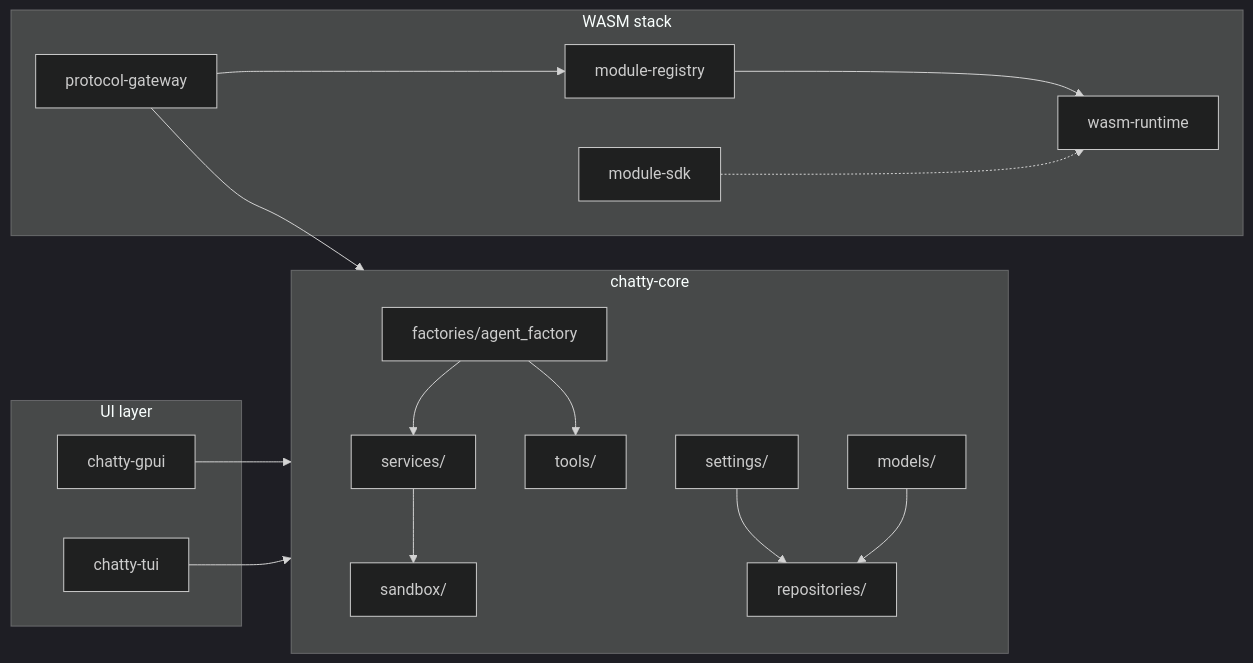
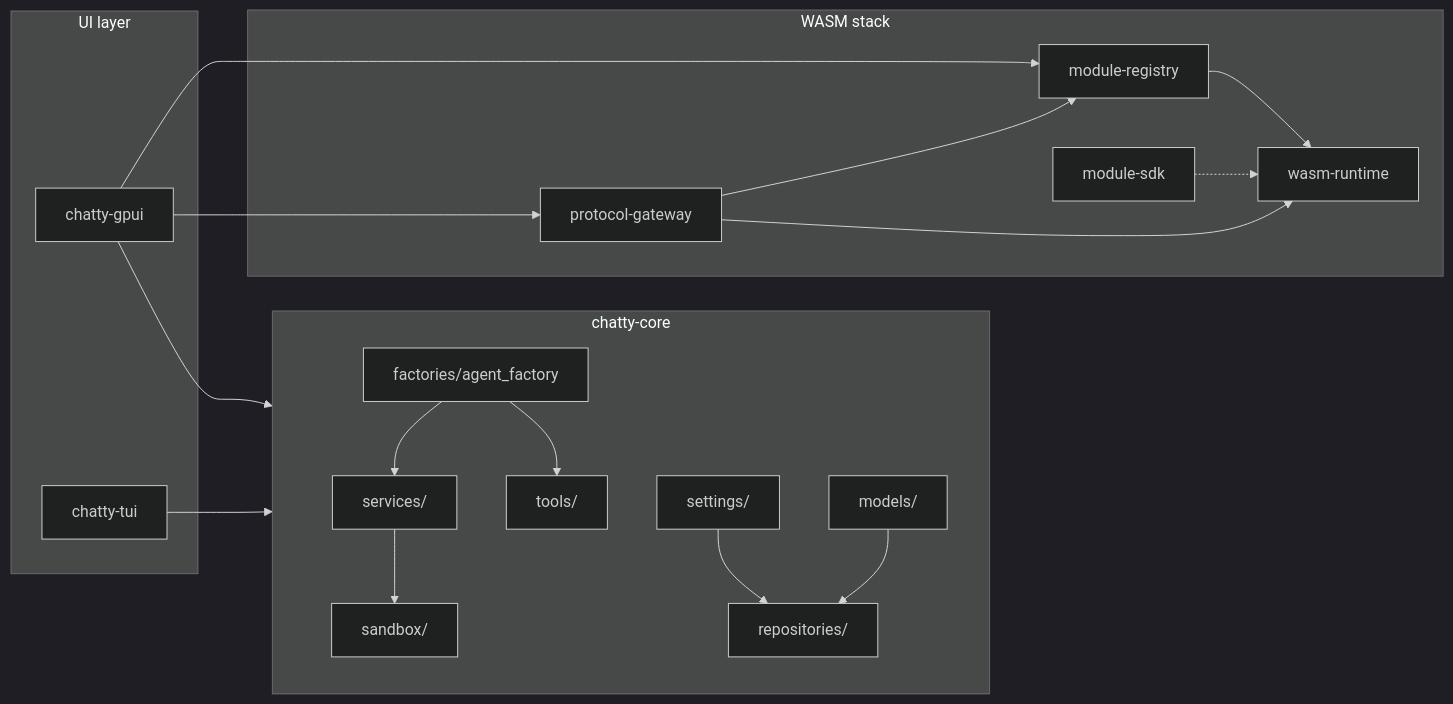
One commit to boersmamarcel/chatty2 changed the first of 7 diagrams in docs/component-map.md. Above: the diagram before and after it, drawn with Mermaid (dark theme). The commit also changed other lines of this file and 12 other files, not shown here.

First line of the commit message:
Merge the architecture cluster and sweep stale facts from explanation pages

````diff
--- a/docs/component-map.md
+++ b/docs/component-map.md
@@ -8,38 +8,40 @@
 ```mermaid
 flowchart LR
   subgraph ui [UI layer]
     GPUI[chatty-gpui]
     TUI[chatty-tui]
   end
 
   subgraph core [chatty-core]
     direction TB
     CModels[models/]
     CServices[services/]
     CTools[tools/]
     CFactory[factories/agent_factory]
     CSettings[settings/]
     CRepos[repositories/]
     CSandbox[sandbox/]
   end
 
   subgraph wasm [WASM stack]
     Reg[module-registry]
     RT[wasm-runtime]
     GW[protocol-gateway]
     SDK[module-sdk]
   end
 
   GPUI --> core
   TUI --> core
-  GW --> core
+  GPUI --> Reg
+  GPUI --> GW
   GW --> Reg
+  GW --> RT
   Reg --> RT
   SDK -.-> RT
 
   CFactory --> CTools
   CFactory --> CServices
   CServices --> CSandbox
   CSettings --> CRepos
   CModels --> CRepos
 ```
````
